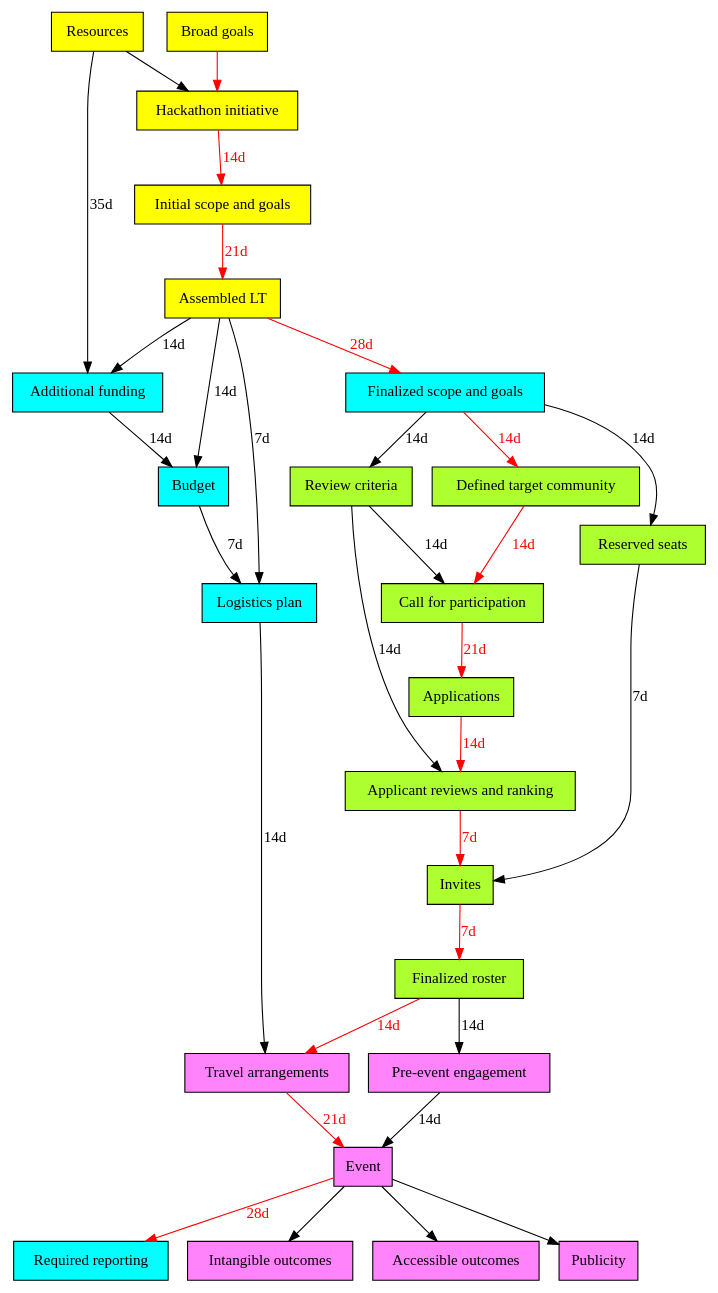
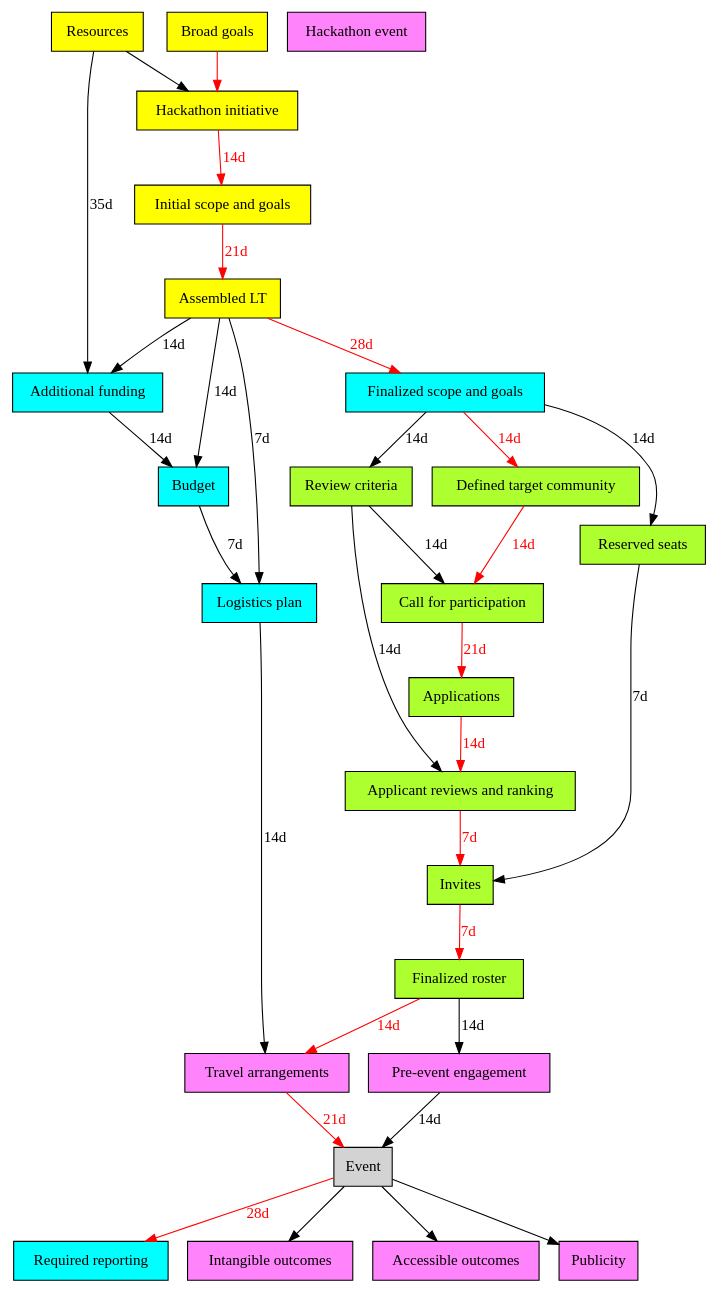
One commit to NESCent/hip_hack_howto changed the diagram in pert_chart/pert_chart.dot. Above: the diagram before and after it, drawn with Graphviz.

Commit message:
event --> hackathon event

```diff
--- a/pert_chart/pert_chart.dot
+++ b/pert_chart/pert_chart.dot
@@ -1,125 +1,125 @@
 digraph pert {
 	/* This is a Program Evaluation and Review Technique (PERT) chart: 
 	http://en.wikipedia.org/wiki/Program_evaluation_and_review_technique encoded in the
 	"dot" graph drawing language. The graph can be visualized in a number of different 
 	programs, the default being GraphViz (http://www.graphviz.org/). Feel free to edit
 	this file at will. As a TO DO item it might be useful to visually identify sets of
 	tasks and milestones that can be accomplished in parallel by team members between
 	conference calls to get an idea of the number of synchronized interactions and 
 	plenary decision points that are required.		
 	*/
 
 	node [ shape = box, style = filled, fontname = "Verdana" ];
 	edge [ fontname = "Verdana" ];
 	
 	/* The following nodes are assumed to be the responsibility
 	of the "instigators", i.e. the core team that precedes, and
 	results in, a leadership team */
 	subgraph instigators {
 		node [fillcolor = yellow];
 	
 		"Broad goals"; // e.g. the goals of a research project that provides core funding
 		"Resources"; // e.g. funding from a project under whose aegis the event is held
 		"Hackathon initiative"; // the decision taken by instigators to organize a hackathon
 		"Initial scope and goals"; // the scope and goals as perceived by the instigators
 		"Assembled LT"; // a more or less finalized Leadership Team to organize the hackathon
 	}
 	
 	/* The following nodes are assumed to be the responsibility
 	of the leadership team */
 	subgraph leadership_team {
 		node [fillcolor = cyan];
 	
 		"Finalized scope and goals"; // the hackathon scope and goals as perceived by the LT
 		"Additional funding"; // any additionally acquired funding
 		"Budget"; // the budget for the hackathon, potentially covering travel, catering, accommodation and venue
 		"Logistics plan"; // commitment to location, date, venue
 		"Required reporting"; // any reporting that is required by the funders
 	}
 	
 	/* The following nodes are concerned with the recruitment 
 	process. These are actually also the responsibility of the LT,
 	but they are marked up differently to make this process stand out */
 	subgraph recruitment {
 		node [fillcolor = greenyellow];
 
 		"Reserved seats"; // a list of domain experts the LT want to invite
 		"Defined target community"; // a list of potential participant types
 		"Review criteria"; // set of criteria by which applicants are reviewed and ranked
 		"Call for participation"; // a widely-circulated invitation to apply for participation
 		"Applications"; // a set of completed applications, e.g. forms / email responses
 		"Applicant reviews and ranking"; // reviews and ensuing ranking of applicants
 		"Invites"; // invitations to domain experts and positively-reviewed applicants
 		"Finalized roster"; // the final list of participants
 	}
 	
 	/* The following nodes are the responsibility of all involved:
 	the LT and the participants */
 	subgraph everyone {
 		node [fillcolor = orchid1];
 	
 		"Pre-event engagement"; // online interactions to refine scope and goals, and expectation management
 		"Travel arrangements"; // participant travel and accommodation 
-		"Event"; // the hackathon itself
+		"Hackathon event"; // the hackathon itself
 		"Intangible outcomes"; // e.g. strengthened community, broader impacts
 		"Accessible outcomes"; // e.g. publications, proposals, code
 		"Publicity"; // e.g. social media, newsletters, hackathon proceedings
 	}
 	
 	/* Edges are all annotated with	a naive estimate of the number of days it would
 	take to accomplish the target milestone given the successful completion of the source
 	milestone(s). Most milestones are assumed to be accomplished by an experienced
 	leadership team with past experiences and artefacts to draw from. The turnaround time
 	between many of these milestones is therefore now penciled in as two weeks or less 
 	(e.g. the time between conference calls, the time to get a reply to an email). Tasks 
 	that include interactions with others, such as funders, inexperienced participants, 
 	travel agents and so on are assumed to take longer.
 	*/	
 	
 	/* The following edges are assumed to constitute the "critical 
 	path". As a TODO item, a specification of the time needed to achieve
 	each milestone in this graph would allow us to compute the actual
 	critical path and validate the following, subjective, assignments
 	to the critical path */
 	edge [color = red fontcolor = red];
 	
 	"Broad goals" -> "Hackathon initiative"; // starting condition
 	"Hackathon initiative" -> "Initial scope and goals" [ label = "14d" ];
 	"Initial scope and goals" -> "Assembled LT" [ label = "21d" ]; // await multiple responses
 	"Assembled LT" -> "Finalized scope and goals" [ label = "28d" ]; // iterative debate
 	"Finalized scope and goals" -> "Defined target community" [ label = "14d" ];
 	"Defined target community" -> "Call for participation" [ label = "14d" ];
 	"Call for participation" -> "Applications" [ label = "21d" ]; // await multiple responses
 	"Applications" -> "Applicant reviews and ranking" [ label = "14d" ];
 	"Applicant reviews and ranking" -> "Invites" [ label = "7d" ];
 	"Invites" -> "Finalized roster" [ label = "7d" ];
 	"Finalized roster" -> "Travel arrangements" [ label = "14d" ];
 	"Travel arrangements" -> "Event" [ label = "21d" ]; // communicate with travel agents
 	"Event" -> "Required reporting" [ label = "28d" ]; // probably less time sensitive
 	
 	/* These edges do not belong to the critical path. This doesn't mean
 	they're somehow less important, just that they don't participate in the
 	longest dependency chain. */
 	edge [color = black fontcolor = black];
 	
 	"Resources" -> "Hackathon initiative"; // starting condition
 	"Resources" -> "Additional funding" [ label = "35d" ]; // await multiple responses
 	"Additional funding" -> "Budget" [ label = "14d" ];
 	"Budget" -> "Logistics plan" [ label = "7d" ];
 	"Logistics plan" -> "Travel arrangements" [ label = "14d" ];
 	"Finalized scope and goals" -> "Reserved seats" [ label = "14d" ];
 	"Finalized scope and goals" -> "Review criteria" [ label = "14d" ];
 	"Review criteria" -> "Applicant reviews and ranking" [ label = "14d" ];	
 	"Review criteria" -> "Call for participation" [ label = "14d" ];
 	"Reserved seats" -> "Invites" [ label = "7d" ];
 	"Finalized roster" -> "Pre-event engagement" [ label = "14d" ];
 	"Pre-event engagement" -> "Event" [ label = "14d" ];
 	"Assembled LT" -> "Additional funding" [ label = "14d" ];
 	"Assembled LT" -> "Budget" [ label = "14d" ];
 	"Assembled LT" -> "Logistics plan" [ label = "7d" ];
 	
 	// no real deadline on the below. 
 	"Event" -> "Intangible outcomes";
 	"Event" -> "Accessible outcomes";
 	"Event" -> "Publicity";	
 }
```
